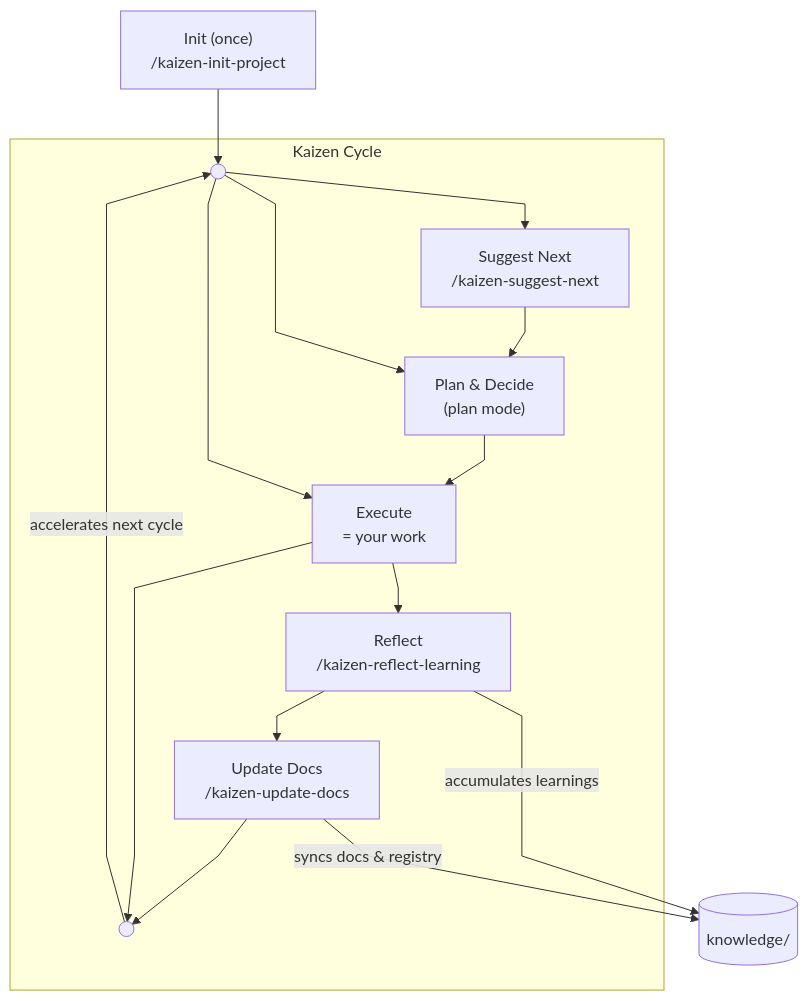
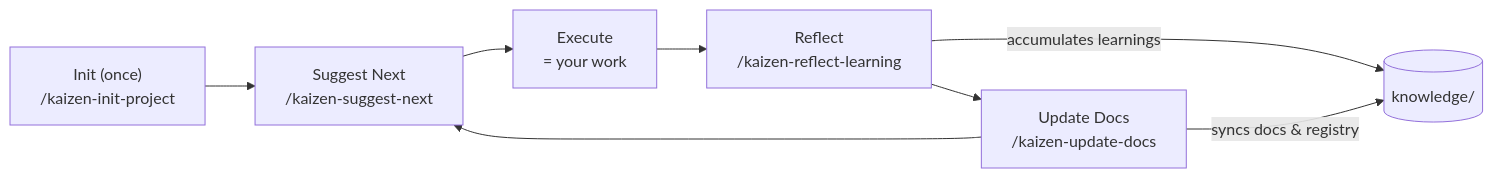
The diagram in docs/CONCEPT.md (tomfook/kaizen-cli), drawn with Mermaid before and after one commit. The commit also changed other lines of this file and 5 other files, not shown here.

First line of the commit message:
docs: simplify Kaizen cycle — remove Plan & Decide, add Update Docs

````diff
--- a/docs/CONCEPT.md
+++ b/docs/CONCEPT.md
@@ -45,30 +45,10 @@
 ```mermaid
----
-config:
-  flowchart:
-    curve: linear
----
-graph TD
-    Init["Init (once)<br>/kaizen-init-project"] --> Start
+graph LR
+    Init["Init (once)<br>/kaizen-init-project"] --> Suggest
 
-    subgraph Cycle [" Kaizen Cycle "]
-        Start((" "))
-        Suggest["Suggest Next<br>/kaizen-suggest-next"]
-        Plan["Plan & Decide<br>(plan mode)"]
-        Execute["Execute<br>= your work"]
-        Reflect["Reflect<br>/kaizen-reflect-learning"]
-        End((" "))
+    Suggest["Suggest Next<br>/kaizen-suggest-next"] --> Execute["Execute<br>= your work"] --> Reflect["Reflect<br>/kaizen-reflect-learning"] --> UpdateDocs["Update Docs<br>/kaizen-update-docs"] --> Suggest
 
-        Start --> Suggest --> Plan --> Execute --> Reflect --> UpdateDocs --> End
-        Start --> Plan
-        Start --> Execute
-        Execute --> End
-    end
-
-    UpdateDocs["Update Docs<br>/kaizen-update-docs"]
     Knowledge[("knowledge/")]
-    Execute ~~~ Knowledge
     Reflect -->|"accumulates learnings"| Knowledge
     UpdateDocs -->|"syncs docs & registry"| Knowledge
-    End -->|"accelerates next cycle"| Start
 ```
````
